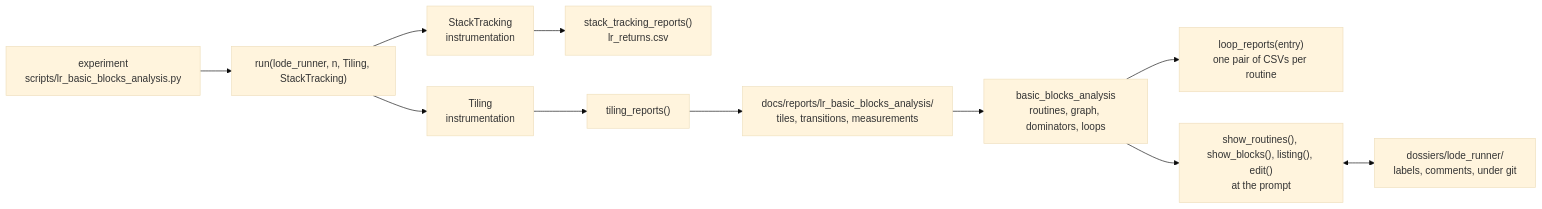
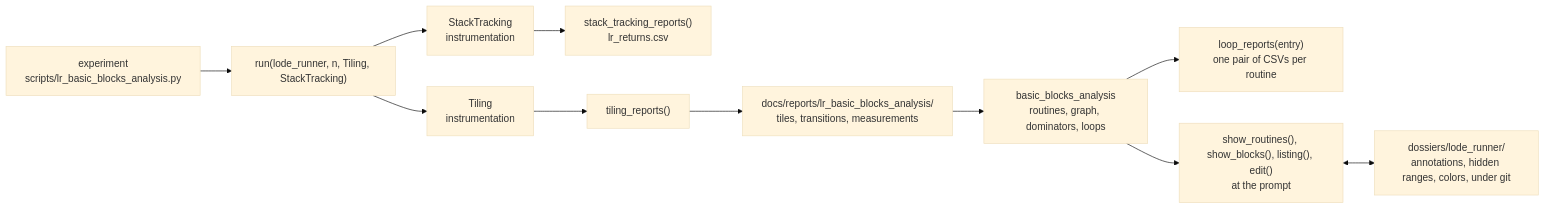
Before and after one commit to fschuhi/papple2: the diagram in docs/workbench.md, drawn with Mermaid (base theme). The commit also changed other lines of this file and 5 other files, not shown here.

````diff
--- a/docs/workbench.md
+++ b/docs/workbench.md
@@ -16,13 +16,13 @@
 ```mermaid
 graph LR
     EXP["experiment<br/>scripts/lr_basic_blocks_analysis.py"] --> RUN["run(lode_runner, n, Tiling, StackTracking)"]
     RUN --> TILING["Tiling<br/>instrumentation"]
     RUN --> STACK["StackTracking<br/>instrumentation"]
     STACK --> SREP["stack_tracking_reports()<br/>lr_returns.csv"]
     TILING --> TREP["tiling_reports()"]
     TREP --> REPORTS["docs/reports/lr_basic_blocks_analysis/<br/>tiles, transitions, measurements"]
     REPORTS --> BBA["basic_blocks_analysis<br/>routines, graph, dominators, loops"]
     BBA --> LOOPS["loop_reports(entry)<br/>one pair of CSVs per routine"]
     BBA --> SHELL["show_routines(), show_blocks(), listing(), edit()<br/>at the prompt"]
-    SHELL <--> DOSSIER["dossiers/lode_runner/<br/>labels, comments, under git"]
+    SHELL <--> DOSSIER["dossiers/lode_runner/<br/>annotations, hidden ranges, colors, under git"]
 ```
````
